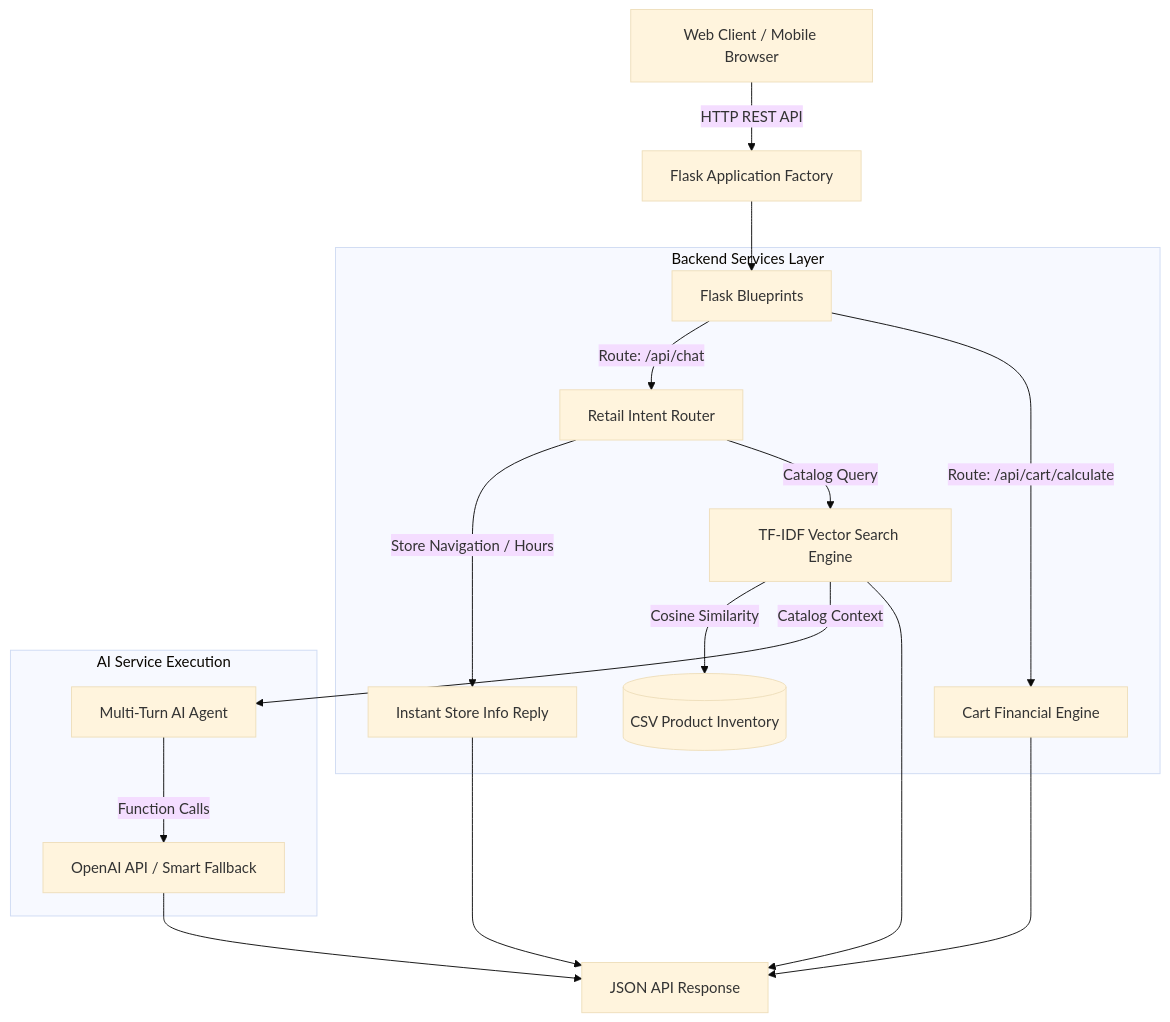
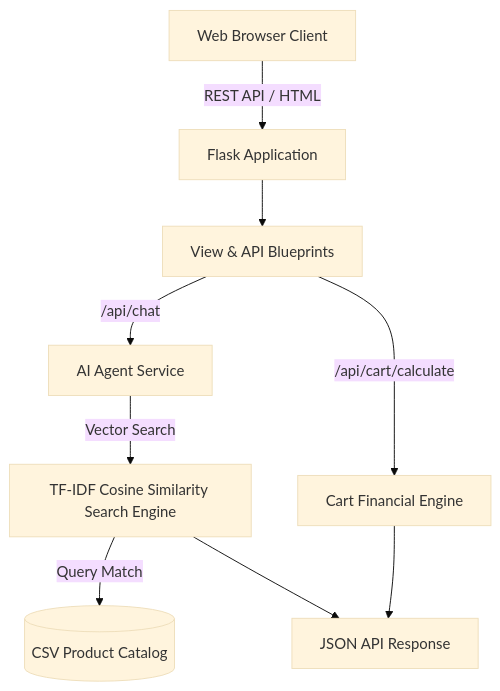
Before and after one commit to Tanvee1/swift_app: the diagram in README.md, drawn with Mermaid (base theme). The commit also changed other lines of this file, not shown here.

Commit message:
Simplify README with 4 clean sections: What is this project, Features, Tech Architecture, How to Run

````diff
--- a/README.md
+++ b/README.md
@@ -40,23 +31,14 @@
 ```mermaid
 graph TD
-    Client[Web Client / Mobile Browser] -->|HTTP REST API| FlaskApp[Flask Application Factory]
-    FlaskApp --> Blueprints[Flask Blueprints]
+    Client[Web Browser Client] -->|REST API / HTML| FlaskApp[Flask Application]
+    FlaskApp --> Blueprints[View & API Blueprints]
     
-    subgraph Backend Services Layer
-        Blueprints -->|Route: /api/chat| IntentRouter[Retail Intent Router]
-        IntentRouter -->|Store Navigation / Hours| DirectReply[Instant Store Info Reply]
-        IntentRouter -->|Catalog Query| VectorSearch[TF-IDF Vector Search Engine]
-        VectorSearch -->|Cosine Similarity| ProductDB[(CSV Product Inventory)]
-        Blueprints -->|Route: /api/cart/calculate| CartService[Cart Financial Engine]
-    end
+    Blueprints -->|/api/chat| AIAgent[AI Agent Service]
+    AIAgent -->|Vector Search| SearchService[TF-IDF Cosine Similarity Search Engine]
+    SearchService -->|Query Match| Database[(CSV Product Catalog)]
     
-    subgraph AI Service Execution
-        VectorSearch -->|Catalog Context| Agent[Multi-Turn AI Agent]
-        Agent -->|Function Calls| OpenAI[OpenAI API / Smart Fallback]
-    end
-
-    DirectReply --> Response[JSON API Response]
-    VectorSearch --> Response
-    OpenAI --> Response
+    Blueprints -->|/api/cart/calculate| CartService[Cart Financial Engine]
+    
+    SearchService --> Response[JSON API Response]
     CartService --> Response
 ```
````
